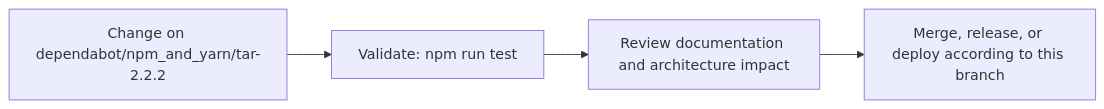
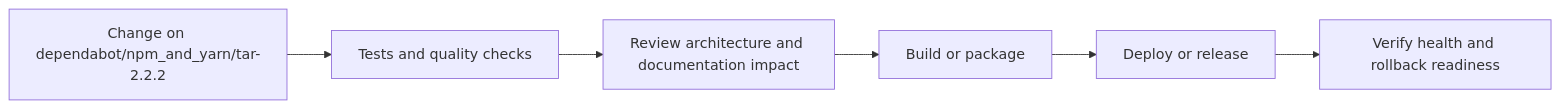
Before and after one commit to Nischhalsubba/rismfp-ui: the fourth of 5 diagrams in README.md, drawn with Mermaid. The commit also changed other lines of this file, not shown here.

````diff
--- a/README.md
+++ b/README.md
@@ -66,8 +135,8 @@
 ```mermaid
 flowchart LR
-    CHANGE["Change on dependabot/npm_and_yarn/tar-2.2.2"]
-    CHECK["Validate: npm run test"]
-    REVIEW["Review documentation and architecture impact"]
-    RELEASE["Merge, release, or deploy according to this branch"]
-    CHANGE --> CHECK --> REVIEW --> RELEASE
+    CHANGE["Change on dependabot/npm_and_yarn/tar-2.2.2"] --> CHECK["Tests and quality checks"]
+    CHECK --> REVIEW["Review architecture and documentation impact"]
+    REVIEW --> BUILD["Build or package"]
+    BUILD --> DEPLOY["Deploy or release"]
+    DEPLOY --> VERIFY["Verify health and rollback readiness"]
 ```
````
